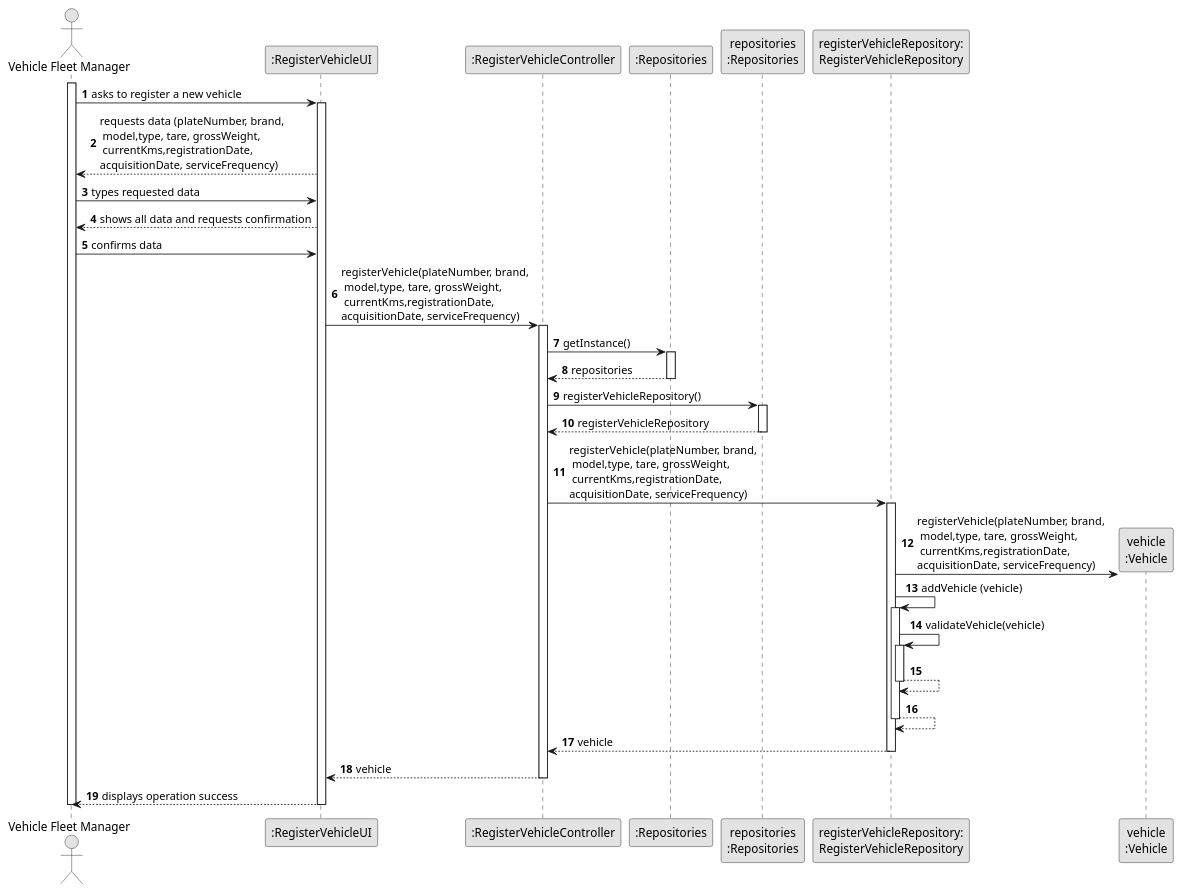
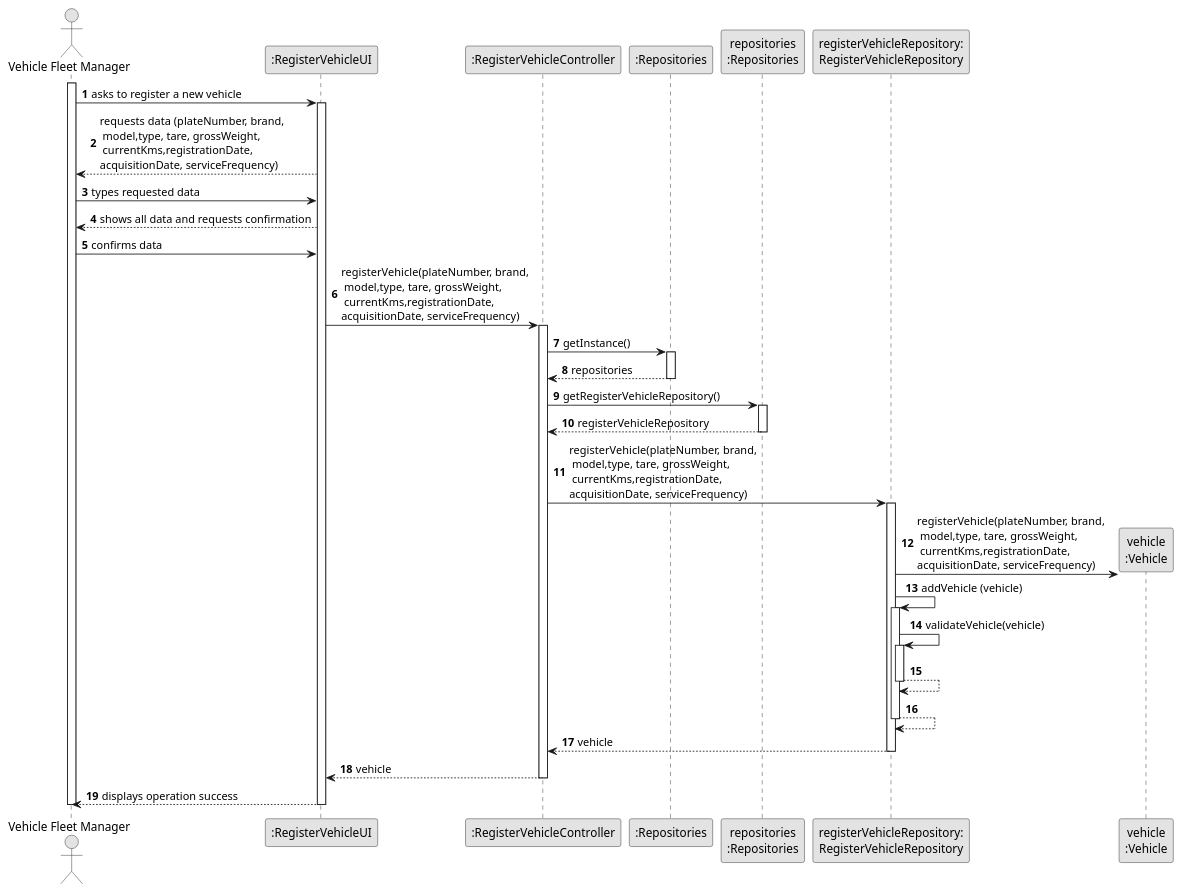
The diagram in docs/sprintB/us006/03.design/puml/us006-sequence-diagram-full.puml (diogoveirospro/lei-24-s2-1dg-g072), drawn with PlantUML before and after one commit. The commit also changed 2 other files, not shown here.

```diff
--- a/docs/sprintB/us006/03.design/puml/us006-sequence-diagram-full.puml
+++ b/docs/sprintB/us006/03.design/puml/us006-sequence-diagram-full.puml
@@ -1,72 +1,72 @@
 @startuml
 skinparam monochrome true
 skinparam packageStyle rectangle
 skinparam shadowing false
 
 autonumber
 
 'hide footbox
 actor "Vehicle Fleet Manager" as ADM
 participant ":RegisterVehicleUI" as UI
 participant ":RegisterVehicleController" as CTRL
 participant ":Repositories" as RepositorySingleton
 participant "repositories\n:Repositories" as PLAT
 participant "registerVehicleRepository:\nRegisterVehicleRepository" as RegisterVehicleRepository
 participant "vehicle\n:Vehicle" as VEHICLE
 
 activate ADM
 
         ADM -> UI : asks to register a new vehicle
 
         activate UI
 
             UI --> ADM : requests data (plateNumber, brand,\n model,type, tare, grossWeight,\n currentKms,registrationDate,\nacquisitionDate, serviceFrequency)
 
             ADM -> UI : types requested data
 
             UI --> ADM : shows all data and requests confirmation
 
             ADM -> UI : confirms data
 
             UI -> CTRL : registerVehicle(plateNumber, brand,\n model,type, tare, grossWeight,\n currentKms,registrationDate,\nacquisitionDate, serviceFrequency)
             activate CTRL
 
                 CTRL -> RepositorySingleton : getInstance()
                 activate RepositorySingleton
 
                     RepositorySingleton --> CTRL: repositories
                 deactivate RepositorySingleton
 
-                CTRL -> PLAT : registerVehicleRepository()
+                CTRL -> PLAT : getRegisterVehicleRepository()
                 activate PLAT
 
                     PLAT --> CTRL: registerVehicleRepository
                 deactivate PLAT
 
                 CTRL -> RegisterVehicleRepository : registerVehicle(plateNumber, brand,\n model,type, tare, grossWeight,\n currentKms,registrationDate,\nacquisitionDate, serviceFrequency)
                 activate RegisterVehicleRepository
 
                 RegisterVehicleRepository -> VEHICLE**: registerVehicle(plateNumber, brand,\n model,type, tare, grossWeight,\n currentKms,registrationDate,\nacquisitionDate, serviceFrequency)
                 RegisterVehicleRepository -> RegisterVehicleRepository: addVehicle (vehicle)
 
                  activate RegisterVehicleRepository
                      RegisterVehicleRepository -> RegisterVehicleRepository: validateVehicle(vehicle)
                      activate RegisterVehicleRepository
                          RegisterVehicleRepository --> RegisterVehicleRepository
                      deactivate RegisterVehicleRepository
 
                      RegisterVehicleRepository --> RegisterVehicleRepository
                  deactivate RegisterVehicleRepository
 
                                 RegisterVehicleRepository --> CTRL : vehicle
 
                             deactivate RegisterVehicleRepository
 
             CTRL --> UI: vehicle
             deactivate CTRL
             UI --> ADM: displays operation success
     deactivate UI
 
 deactivate ADM
 
 @enduml
```
